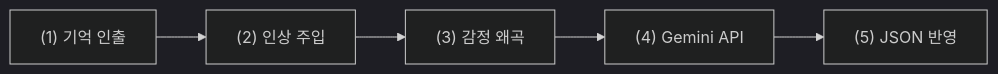
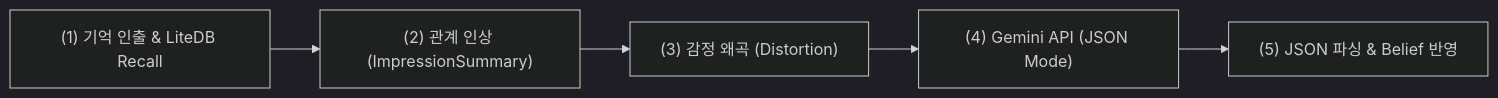
The fourth of 4 diagrams in MundusVivens/docs/02_agent_design.md (jin20203458/Obsidian.Agent), drawn with Mermaid (dark theme) before and after one commit. The commit also changed other lines of this file, not shown here.

Commit message:
docs: restore precise C++/C# class names and method keywords in Mermaid diagrams

````diff
--- a/MundusVivens/docs/02_agent_design.md
+++ b/MundusVivens/docs/02_agent_design.md
@@ -238,7 +238,7 @@
 ```mermaid
 flowchart LR
-    A["(1) 기억 인출"] --> B["(2) 인상 주입"]
-    B --> C["(3) 감정 왜곡"]
-    C --> D["(4) Gemini API"]
-    D --> E["(5) JSON 반영"]
+    A["(1) 기억 인출 & LiteDB Recall"] --> B["(2) 관계 인상 (ImpressionSummary)"]
+    B --> C["(3) 감정 왜곡 (Distortion)"]
+    C --> D["(4) Gemini API (JSON Mode)"]
+    D --> E["(5) JSON 파싱 & Belief 반영"]
 ```
````
